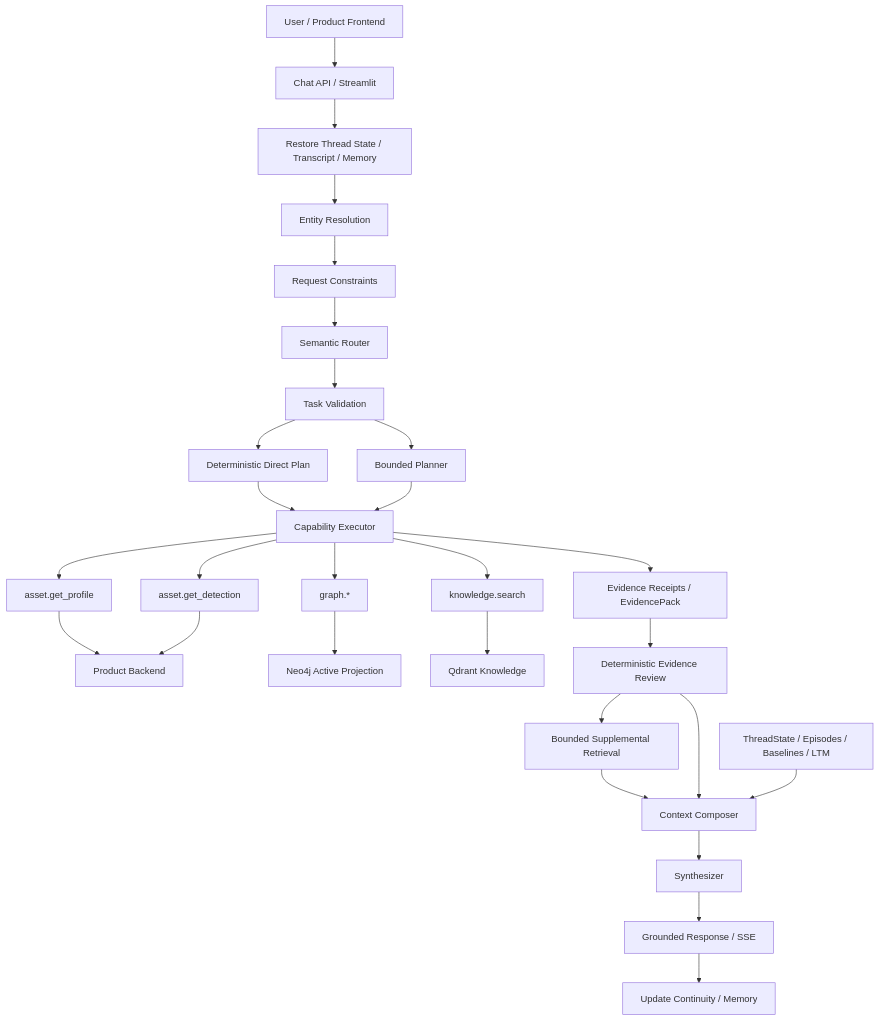
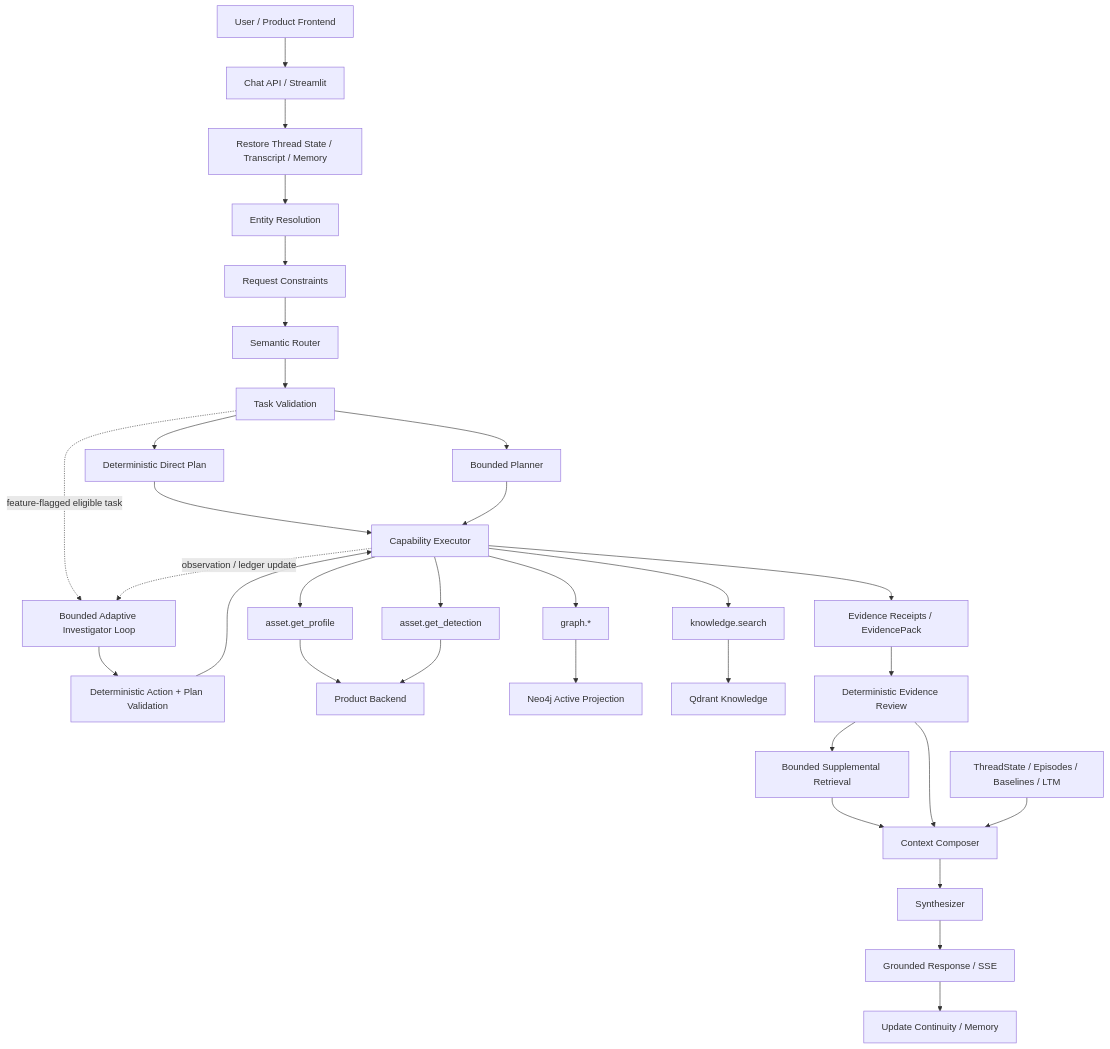
One commit to alirzx/Soorin_Copilot changed the diagram in docs/CURRENT_ARCHITECTURE.md. Above: the diagram before and after it, drawn with Mermaid. The commit also changed other lines of this file and 36 other files, not shown here.

Commit message:
feat(agent): add bounded adaptive investigator workflow

````diff
--- a/docs/CURRENT_ARCHITECTURE.md
+++ b/docs/CURRENT_ARCHITECTURE.md
@@ -18,33 +18,37 @@
 ```mermaid
 flowchart TD
     U[User / Product Frontend] --> API[Chat API / Streamlit]
     API --> RESTORE[Restore Thread State / Transcript / Memory]
     RESTORE --> ENT[Entity Resolution]
     ENT --> CONS[Request Constraints]
     CONS --> ROUTE[Semantic Router]
     ROUTE --> VALIDATE[Task Validation]
     VALIDATE --> DIRECT[Deterministic Direct Plan]
     VALIDATE --> PLAN[Bounded Planner]
+    VALIDATE -. feature-flagged eligible task .-> AGENT[Bounded Adaptive Investigator Loop]
     DIRECT --> EXEC[Capability Executor]
     PLAN --> EXEC
+    AGENT --> AVALIDATE[Deterministic Action + Plan Validation]
+    AVALIDATE --> EXEC
+    EXEC -. observation / ledger update .-> AGENT
 
     EXEC --> PROFILE[asset.get_profile]
     EXEC --> DET[asset.get_detection]
     EXEC --> GRAPH[graph.*]
     EXEC --> KNOW[knowledge.search]
 
     PROFILE --> PROD[Product Backend]
     DET --> PROD
     GRAPH --> NEO[Neo4j Active Projection]
     KNOW --> QD[Qdrant Knowledge]
 
     EXEC --> EVID[Evidence Receipts / EvidencePack]
     EVID --> REVIEW[Deterministic Evidence Review]
     REVIEW --> SUP[Bounded Supplemental Retrieval]
     SUP --> CTX[Context Composer]
     REVIEW --> CTX
     MEM[ThreadState / Episodes / Baselines / LTM] --> CTX
     CTX --> SYNTH[Synthesizer]
     SYNTH --> OUT[Grounded Response / SSE]
     OUT --> UPDATE[Update Continuity / Memory]
 ```
````
